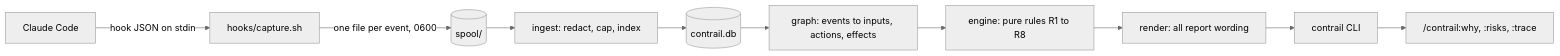
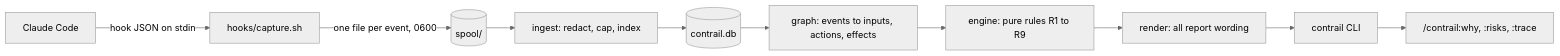
Before and after one commit to levimackay/contrail: the diagram in README.md, drawn with Mermaid (neutral theme). The commit also changed other lines of this file, not shown here.

````diff
--- a/README.md
+++ b/README.md
@@ -334,12 +218,12 @@
 ```mermaid
 flowchart LR
   CC[Claude Code] -- hook JSON on stdin --> CAP[hooks/capture.sh]
   CAP -- one file per event, 0600 --> SPOOL[(spool/)]
   SPOOL --> ING[ingest: redact, cap, index]
   ING --> DB[(contrail.db)]
   DB --> G[graph: events to inputs, actions, effects]
-  G --> E[engine: pure rules R1 to R8]
+  G --> E[engine: pure rules R1 to R9]
   E --> R[render: all report wording]
   R --> CLI[contrail CLI]
   CLI --> SK["/contrail:why, :risks, :trace"]
 ```
````
